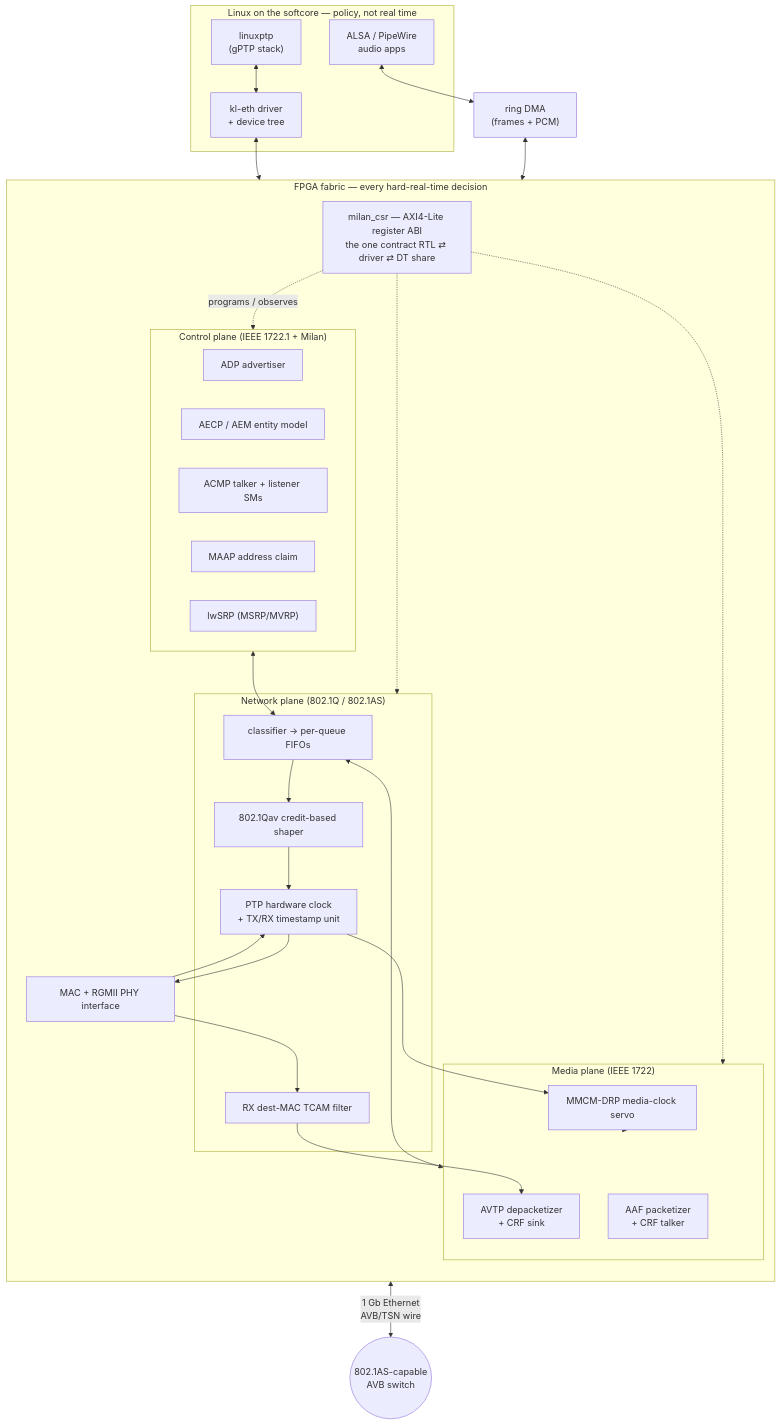
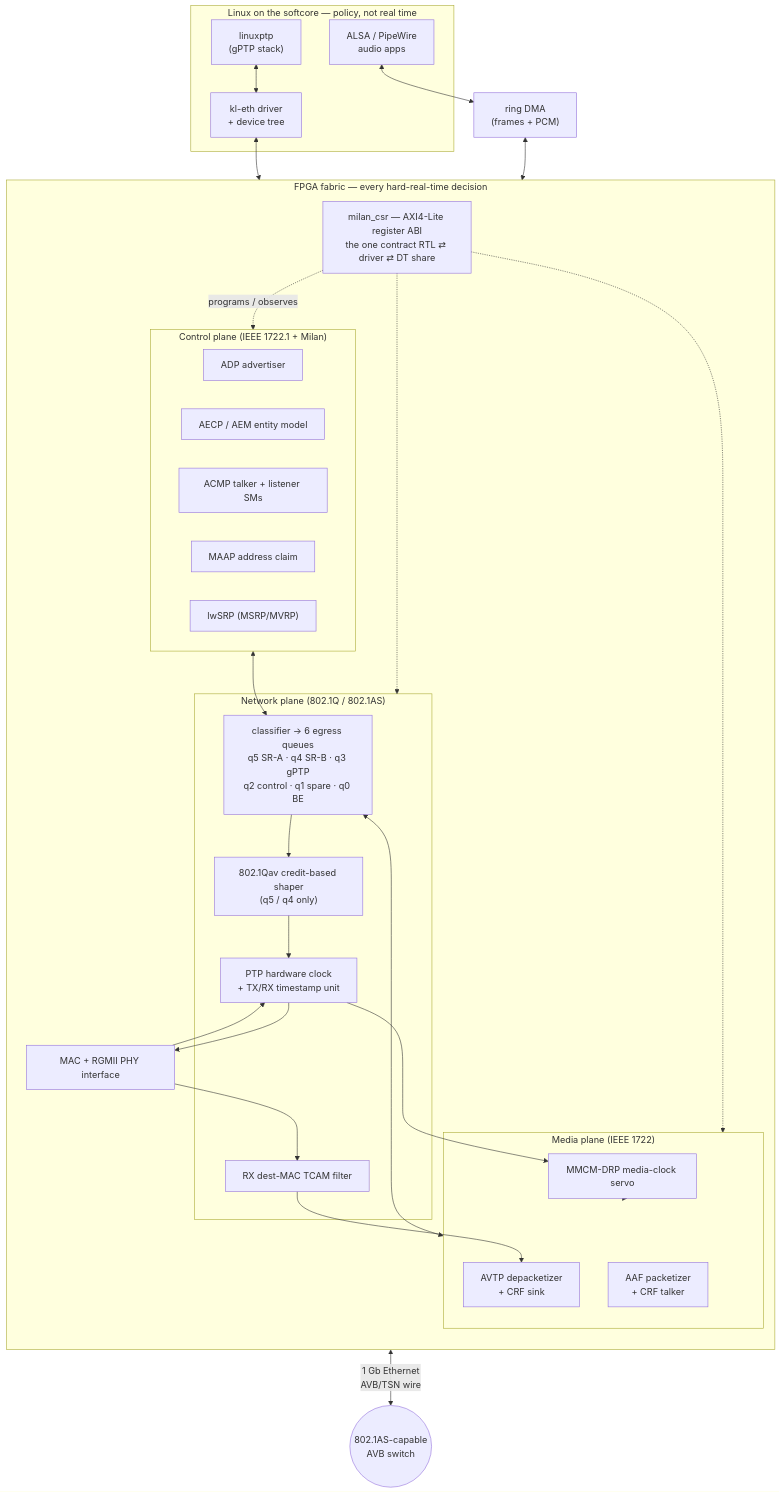
Before and after one commit to kebag-logic/milan-fpga: the diagram in docs/overview/AT_A_GLANCE.md, drawn with Mermaid. The commit also changed other lines of this file and 36 other files, not shown here.

````diff
--- a/docs/overview/AT_A_GLANCE.md
+++ b/docs/overview/AT_A_GLANCE.md
@@ -27,47 +27,47 @@
 ```mermaid
 flowchart TB
     subgraph HOST["Linux on the softcore — policy, not real time"]
         ALSA["ALSA / PipeWire<br/>audio apps"]
         PTPD["linuxptp<br/>(gPTP stack)"]
         DRV["kl-eth driver<br/>+ device tree"]
     end
 
     subgraph FAB["FPGA fabric — every hard-real-time decision"]
         direction TB
         CSR["milan_csr — AXI4-Lite register ABI<br/>the one contract RTL ⇄ driver ⇄ DT share"]
         subgraph CTRL["Control plane (IEEE 1722.1 + Milan)"]
             ADP["ADP advertiser"]
             AECP["AECP / AEM entity model"]
             ACMP["ACMP talker + listener SMs"]
             MAAP["MAAP address claim"]
             SRP["lwSRP (MSRP/MVRP)"]
         end
         subgraph MEDIA["Media plane (IEEE 1722)"]
             PKT["AAF packetizer<br/>+ CRF talker"]
             DEP["AVTP depacketizer<br/>+ CRF sink"]
             SERVO["MMCM-DRP media-clock servo"]
         end
         subgraph NET["Network plane (802.1Q / 802.1AS)"]
-            CLS["classifier → per-queue FIFOs"]
-            CBS["802.1Qav credit-based shaper"]
+            CLS["classifier → 6 egress queues<br/>q5 SR-A · q4 SR-B · q3 gPTP<br/>q2 control · q1 spare · q0 BE"]
+            CBS["802.1Qav credit-based shaper<br/>(q5 / q4 only)"]
             PHC["PTP hardware clock<br/>+ TX/RX timestamp unit"]
             FILT["RX dest-MAC TCAM filter"]
         end
         MAC["MAC + RGMII PHY interface"]
     end
 
     ALSA <--> DMA["ring DMA<br/>(frames + PCM)"]
     PTPD <--> DRV
     DRV <--> CSR
     CSR -.->|"programs / observes"| CTRL
     CSR -.-> MEDIA
     CSR -.-> NET
     DMA <--> CLS
     MEDIA <--> CLS
     CTRL <--> CLS
     CLS --> CBS --> PHC --> MAC
     MAC --> FILT --> DEP
     MAC --> PHC
     PHC --> SERVO --> MEDIA
     MAC <-->|"1 Gb Ethernet<br/>AVB/TSN wire"| WIRE(("802.1AS-capable<br/>AVB switch"))
 ```
````
